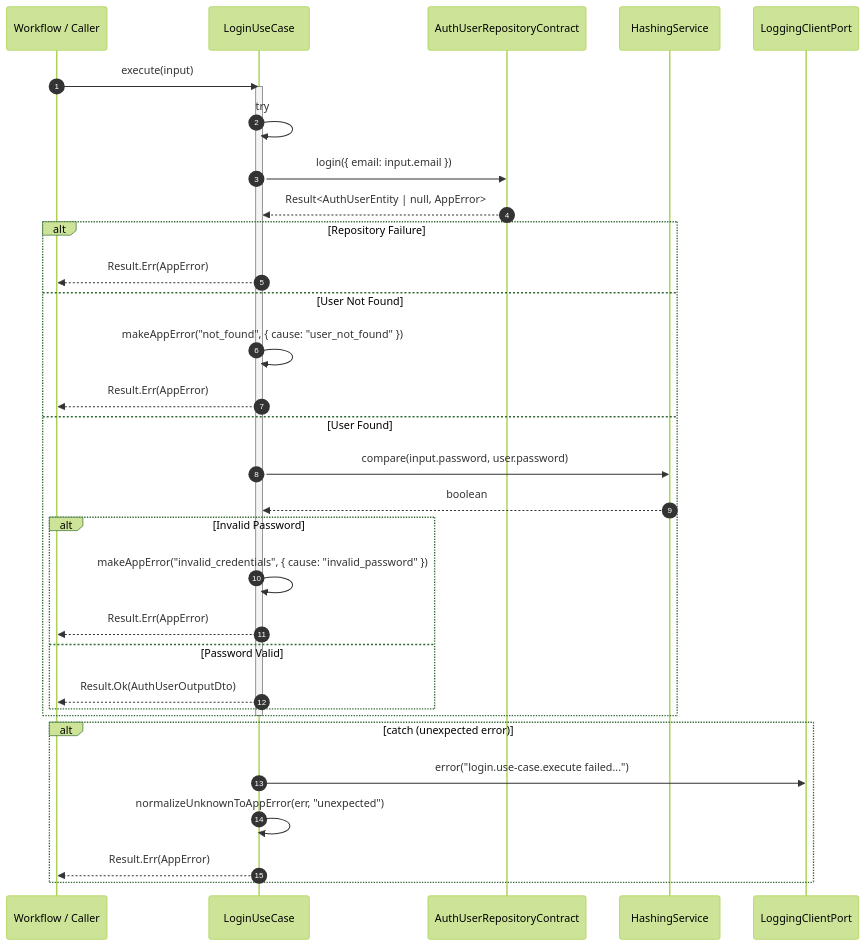
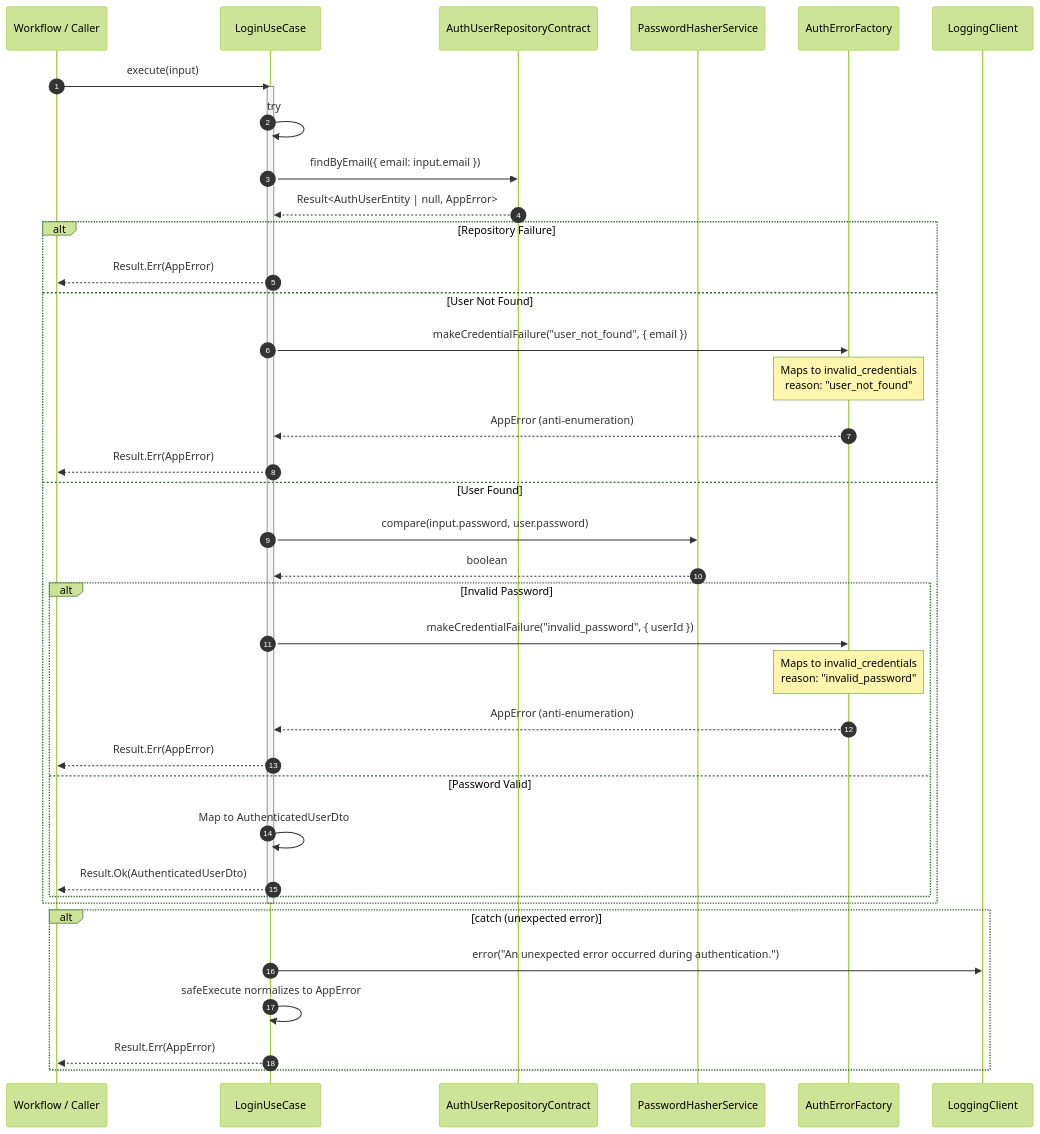
Before and after one commit to andrewpetersondev/nextjs-dashboard: the third of 6 diagrams in src/modules/auth/notes/sequence-diagrams.md, drawn with Mermaid (forest theme). The commit also changed other lines of this file and 1 other file, not shown here.

Commit message:
docs: update flowcharts and sequence diagrams for login workflow and session establishment, enhancing clarity and anti-enumeration logic

````diff
--- a/src/modules/auth/notes/sequence-diagrams.md
+++ b/src/modules/auth/notes/sequence-diagrams.md
@@ -100,43 +103,49 @@
 ```mermaid
 sequenceDiagram
   autonumber
 
   participant WF as Workflow / Caller
   participant UC as LoginUseCase
   participant REPO as AuthUserRepositoryContract
-  participant HASH as HashingService
-  participant LOG as LoggingClientPort
+  participant HASH as PasswordHasherService
+  participant ERR_FAC as AuthErrorFactory
+  participant LOG as LoggingClient
 
   WF->>UC: execute(input)
   activate UC
 
   UC->>UC: try
 
-  UC->>REPO: login({ email: input.email })
+  UC->>REPO: findByEmail({ email: input.email })
   REPO-->>UC: Result<AuthUserEntity | null, AppError>
 
   alt Repository Failure
     UC-->>WF: Result.Err(AppError)
   else User Not Found
-    UC->>UC: makeAppError("not_found", { cause: "user_not_found" })
+    UC->>ERR_FAC: makeCredentialFailure("user_not_found", { email })
+    note over ERR_FAC: Maps to invalid_credentials<br/>reason: "user_not_found"
+    ERR_FAC-->>UC: AppError (anti-enumeration)
     UC-->>WF: Result.Err(AppError)
   else User Found
     UC->>HASH: compare(input.password, user.password)
     HASH-->>UC: boolean
 
     alt Invalid Password
-      UC->>UC: makeAppError("invalid_credentials", { cause: "invalid_password" })
+      UC->>ERR_FAC: makeCredentialFailure("invalid_password", { userId })
+      note over ERR_FAC: Maps to invalid_credentials<br/>reason: "invalid_password"
+      ERR_FAC-->>UC: AppError (anti-enumeration)
       UC-->>WF: Result.Err(AppError)
     else Password Valid
-      UC-->>WF: Result.Ok(AuthUserOutputDto)
+      UC->>UC: Map to AuthenticatedUserDto
+      UC-->>WF: Result.Ok(AuthenticatedUserDto)
     end
   end
 
   deactivate UC
 
   alt catch (unexpected error)
-    UC->>LOG: error("login.use-case.execute failed...")
-    UC->>UC: normalizeUnknownToAppError(err, "unexpected")
+    UC->>LOG: error("An unexpected error occurred during authentication.")
+    UC->>UC: safeExecute normalizes to AppError
     UC-->>WF: Result.Err(AppError)
   end
 ```
````
